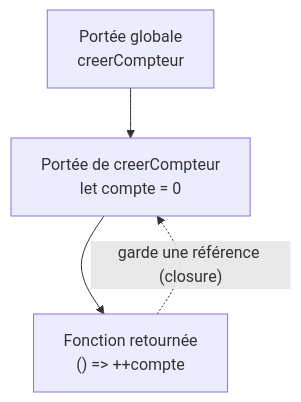
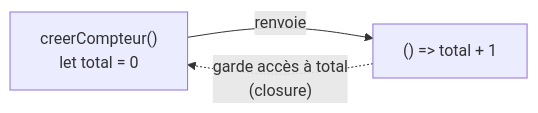
One commit to galsen-76/Informatique- changed the diagram in 03-Langage/JavaScript/JS-03-Fonctions-Scope-Closures.md. Above: the diagram before and after it, drawn with Mermaid. The commit also changed other lines of this file and 43 other files, not shown here.

````diff
--- a/03-Langage/JavaScript/JS-03-Fonctions-Scope-Closures.md
+++ b/03-Langage/JavaScript/JS-03-Fonctions-Scope-Closures.md
@@ -76,6 +86,5 @@
 ```mermaid
-flowchart TB
-  G["Portée globale<br/>creerCompteur"] --> F["Portée de creerCompteur<br/>let compte = 0"]
-  F --> A["Fonction retournée<br/>() => ++compte"]
-  A -. "garde une référence (closure)" .-> F
+flowchart LR
+  C["creerCompteur()<br/>let total = 0"] -->|renvoie| F["() => total + 1"]
+  F -. "garde accès à total<br/>(closure)" .-> C
 ```
````
